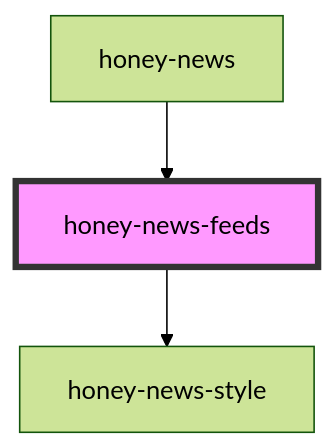
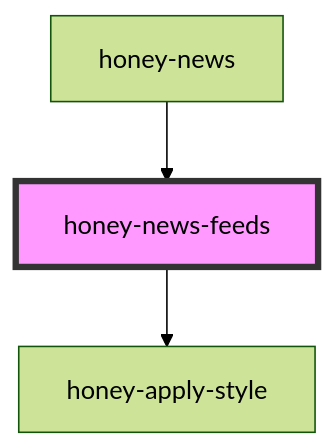
Before and after one commit to Huluvu424242/honey-news: the diagram in src/components/honey-news/feeds/readme.md, drawn with Mermaid (forest theme). The commit also changed other lines of this file and 23 other files, not shown here.

````diff
--- a/src/components/honey-news/feeds/readme.md
+++ b/src/components/honey-news/feeds/readme.md
@@ -26,6 +26,6 @@
 ```mermaid
 graph TD;
-  honey-news-feeds --> honey-news-style
+  honey-news-feeds --> honey-apply-style
   honey-news --> honey-news-feeds
   style honey-news-feeds fill:#f9f,stroke:#333,stroke-width:4px
 ```
````
